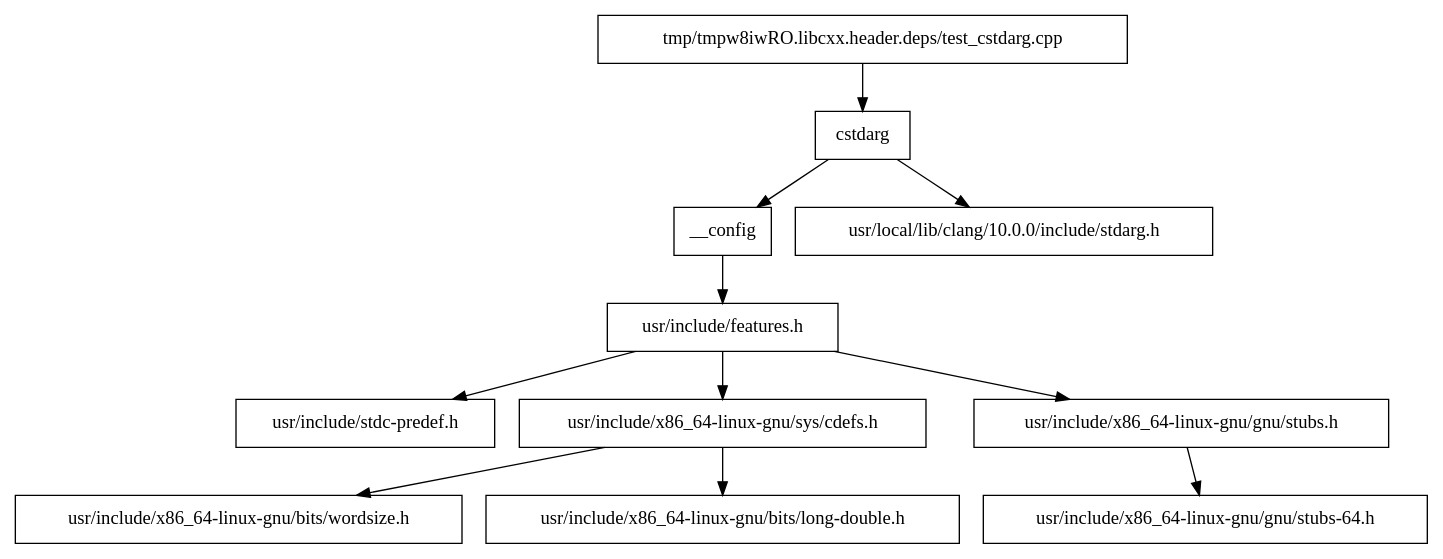
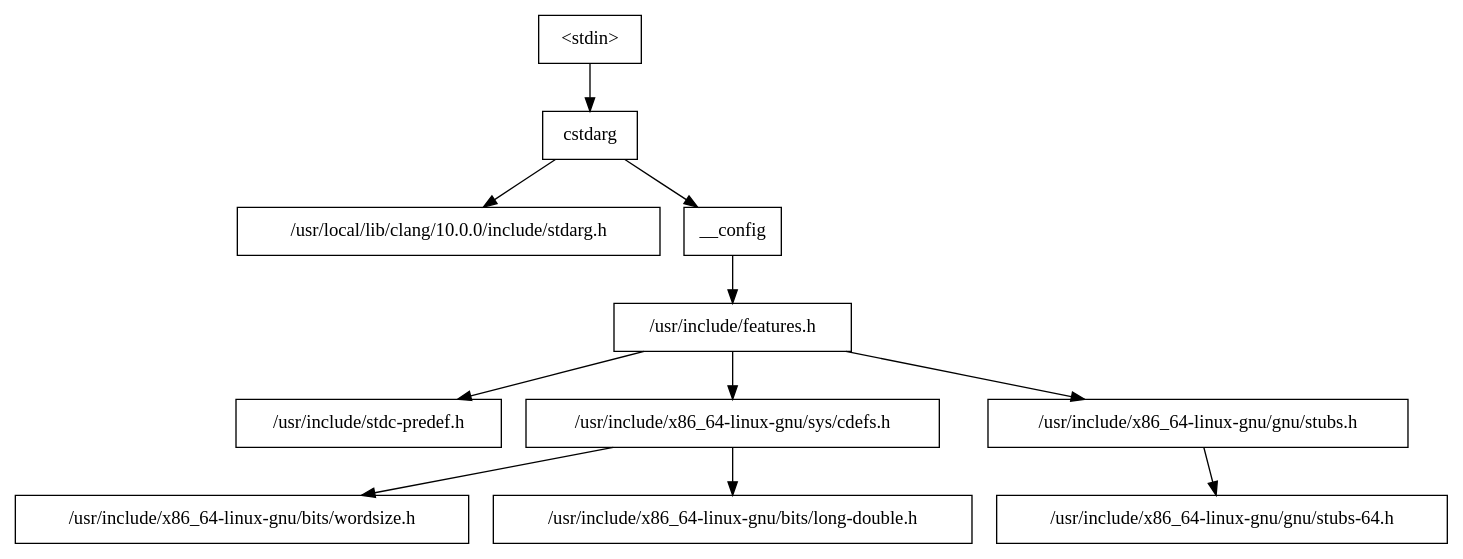
The diagram in header_deps/cstdarg.dot (efcs/libcxx), drawn with Graphviz before and after one commit. The commit also changed 222 other files, not shown here.

```diff
--- a/header_deps/cstdarg.dot
+++ b/header_deps/cstdarg.dot
@@ -1,23 +1,23 @@
 digraph "dependencies" {
-  header_1 [ shape="box", label="cstdarg"];
-  header_0 [ shape="box", label="tmp/tmpw8iwRO.libcxx.header.deps/test_cstdarg.cpp"];
-  header_2 [ shape="box", label="__config"];
-  header_3 [ shape="box", label="usr/include/features.h"];
-  header_4 [ shape="box", label="usr/include/stdc-predef.h"];
-  header_5 [ shape="box", label="usr/include/x86_64-linux-gnu/sys/cdefs.h"];
-  header_6 [ shape="box", label="usr/include/x86_64-linux-gnu/bits/wordsize.h"];
-  header_7 [ shape="box", label="usr/include/x86_64-linux-gnu/bits/long-double.h"];
-  header_8 [ shape="box", label="usr/include/x86_64-linux-gnu/gnu/stubs.h"];
-  header_9 [ shape="box", label="usr/include/x86_64-linux-gnu/gnu/stubs-64.h"];
-  header_11 [ shape="box", label="usr/local/lib/clang/10.0.0/include/stdarg.h"];
-  header_8 -> header_9;
-  header_0 -> header_1;
+  header_0 [ shape="box", label="\<stdin\>" ];
+  header_1 [ shape="box", label="cstdarg" ];
+  header_11 [ shape="box", label="/usr/local/lib/clang/10.0.0/include/stdarg.h" ];
+  header_2 [ shape="box", label="__config" ];
+  header_3 [ shape="box", label="/usr/include/features.h" ];
+  header_4 [ shape="box", label="/usr/include/stdc-predef.h" ];
+  header_5 [ shape="box", label="/usr/include/x86_64-linux-gnu/sys/cdefs.h" ];
+  header_6 [ shape="box", label="/usr/include/x86_64-linux-gnu/bits/wordsize.h" ];
+  header_7 [ shape="box", label="/usr/include/x86_64-linux-gnu/bits/long-double.h" ];
+  header_8 [ shape="box", label="/usr/include/x86_64-linux-gnu/gnu/stubs.h" ];
+  header_9 [ shape="box", label="/usr/include/x86_64-linux-gnu/gnu/stubs-64.h" ];
+  header_5 -> header_6;
+  header_5 -> header_7;
+  header_2 -> header_3;
   header_3 -> header_4;
   header_3 -> header_5;
   header_3 -> header_8;
-  header_5 -> header_6;
-  header_5 -> header_7;
+  header_0 -> header_1;
   header_1 -> header_2;
   header_1 -> header_11;
-  header_2 -> header_3;
+  header_8 -> header_9;
 }
```
